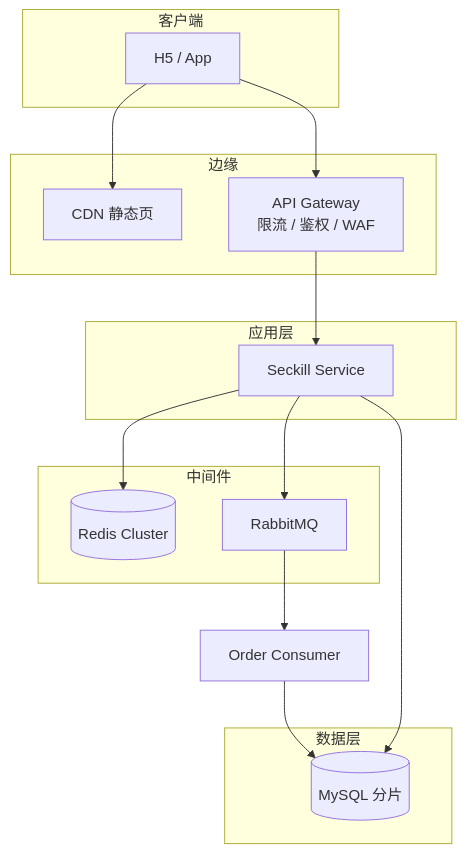
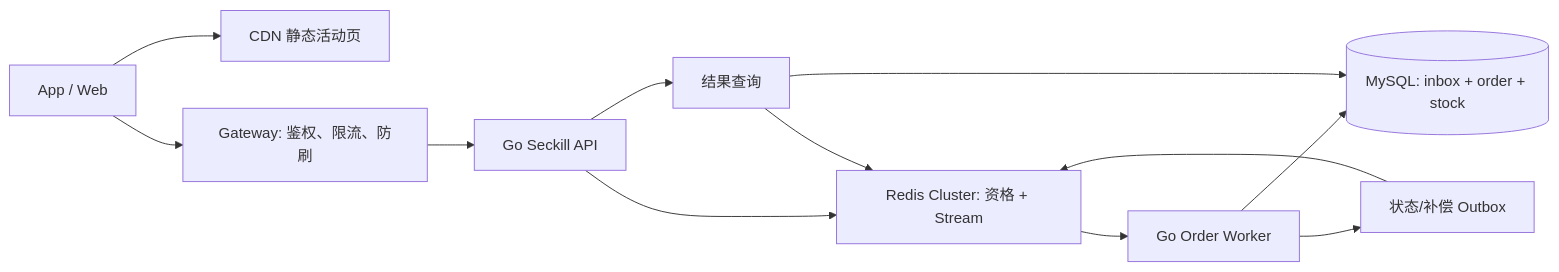
The first of 2 diagrams in 后端学习/系统设计/07-秒杀系统简化设计.md (moqix26/study), drawn with Mermaid before and after one commit. The commit also changed other lines of this file and 202 other files, not shown here.

````diff
--- a/后端学习/系统设计/07-秒杀系统简化设计.md
+++ b/后端学习/系统设计/07-秒杀系统简化设计.md
@@ -247,28 +122,14 @@
 ```mermaid
-flowchart TB
-    subgraph client [客户端]
-        H5[H5 / App]
-    end
-    subgraph edge [边缘]
-        CDN[CDN 静态页]
-        GW[API Gateway<br/>限流 / 鉴权 / WAF]
-    end
-    subgraph app [应用层]
-        SS[Seckill Service]
-    end
-    subgraph middleware [中间件]
-        R[(Redis Cluster)]
-        MQ[RabbitMQ]
-    end
-    subgraph data [数据层]
-        DB[(MySQL 分片)]
-    end
-    H5 --> CDN
-    H5 --> GW
-    GW --> SS
-    SS --> R
-    SS --> MQ
-    MQ --> OC[Order Consumer]
-    OC --> DB
-    SS --> DB
+flowchart LR
+    C["App / Web"] --> CDN["CDN 静态活动页"]
+    C --> GW["Gateway: 鉴权、限流、防刷"]
+    GW --> API["Go Seckill API"]
+    API --> R["Redis Cluster: 资格 + Stream"]
+    R --> W["Go Order Worker"]
+    W --> DB[("MySQL: inbox + order + stock")]
+    W --> OB["状态/补偿 Outbox"]
+    OB --> R
+    API --> Q["结果查询"]
+    Q --> R
+    Q --> DB
 ```
````
